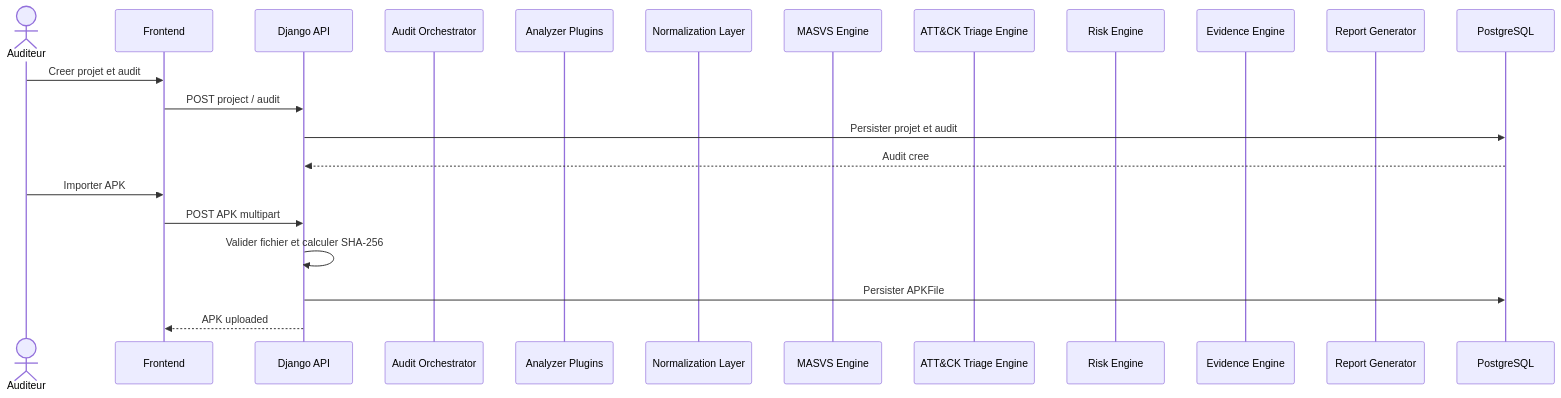
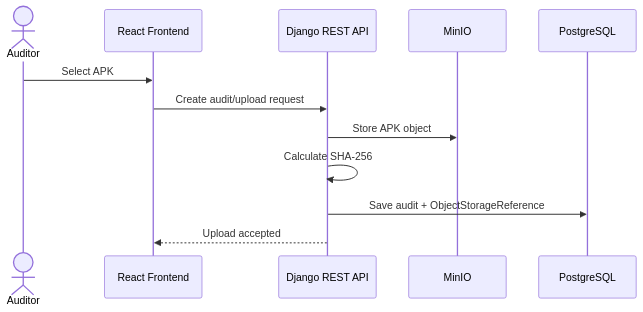
The first of 3 diagrams in docs/03_Architecture/08_UML_Sequence_Diagrams.md (nine11-tech/MSAP), drawn with Mermaid before and after one commit. The commit also changed other lines of this file and 44 other files, not shown here.

Commit message:
Pivot MSAP to cloud-native Kubernetes architecture

````diff
--- a/docs/03_Architecture/08_UML_Sequence_Diagrams.md
+++ b/docs/03_Architecture/08_UML_Sequence_Diagrams.md
@@ -5,25 +4,14 @@
 ```mermaid
 sequenceDiagram
-    actor U as Auditeur
-    participant FE as Frontend
-    participant API as Django API
-    participant ORCH as Audit Orchestrator
-    participant PLUG as Analyzer Plugins
-    participant NORM as Normalization Layer
-    participant MASVS as MASVS Engine
-    participant ATTCK as ATT&CK Triage Engine
-    participant RISK as Risk Engine
-    participant EVID as Evidence Engine
-    participant REP as Report Generator
+    actor Auditor
+    participant FE as React Frontend
+    participant API as Django REST API
+    participant S3 as MinIO
     participant DB as PostgreSQL
-
-    U->>FE: Creer projet et audit
-    FE->>API: POST project / audit
-    API->>DB: Persister projet et audit
-    DB-->>API: Audit cree
-    U->>FE: Importer APK
-    FE->>API: POST APK multipart
-    API->>API: Valider fichier et calculer SHA-256
-    API->>DB: Persister APKFile
-    API-->>FE: APK uploaded
+    Auditor->>FE: Select APK
+    FE->>API: Create audit/upload request
+    API->>S3: Store APK object
+    API->>API: Calculate SHA-256
+    API->>DB: Save audit + ObjectStorageReference
+    API-->>FE: Upload accepted
 ```
````
